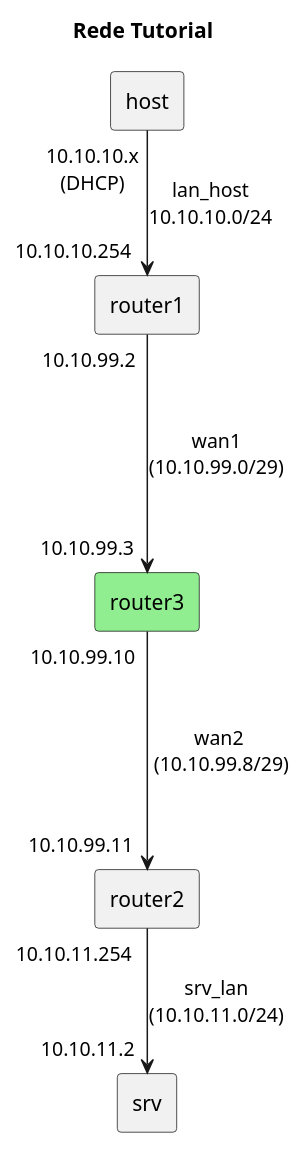
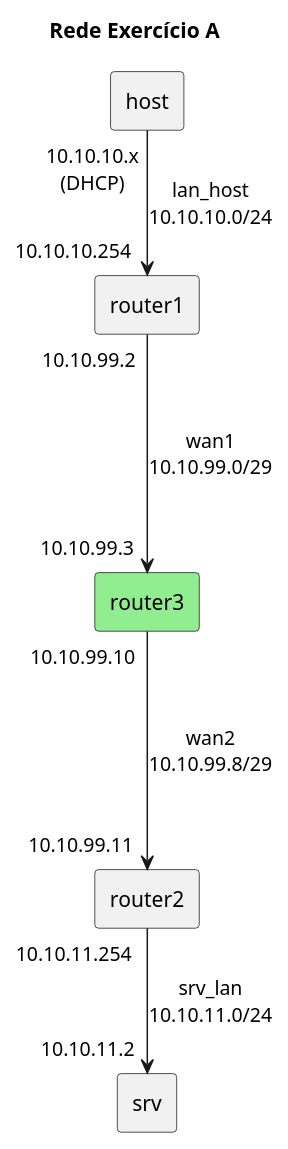
The diagram in network_01_exA.puml (SpirTBBX/SISTCA-1220956-1221092-1221708-1211104), drawn with PlantUML before and after one commit. The commit also changed 6 other files, not shown here.

```diff
--- a/network_01_exA.puml
+++ b/network_01_exA.puml
@@ -1,19 +1,19 @@
 @startuml
 ' https://plantuml.com/component-diagram
 
-title Rede Tutorial
+title Rede Exercício A
 
 rectangle "host" as Host
 rectangle "router1" as Router1
 rectangle "router3" as Router3 #LightGreen
 rectangle "router2" as Router2
 rectangle "srv" as Server
 
 Host "10.10.10.x\n(DHCP)" --> "10.10.10.254" Router1 : "lan_host\n10.10.10.0/24"
 
-Router1 "10.10.99.2" ---> "10.10.99.3" Router3 : wan1\n(10.10.99.0/29)
-Router3 "10.10.99.10"  ---> "10.10.99.11" Router2 : wan2\n (10.10.99.8/29)
+Router1 "10.10.99.2" ---> "10.10.99.3" Router3 : wan1\n10.10.99.0/29
+Router3 "10.10.99.10"  ---> "10.10.99.11" Router2 : wan2\n10.10.99.8/29
 
-Router2 "10.10.11.254" --> "10.10.11.2" Server : srv_lan\n(10.10.11.0/24)
+Router2 "10.10.11.254" --> "10.10.11.2" Server : srv_lan\n10.10.11.0/24
 
 @enduml
```
